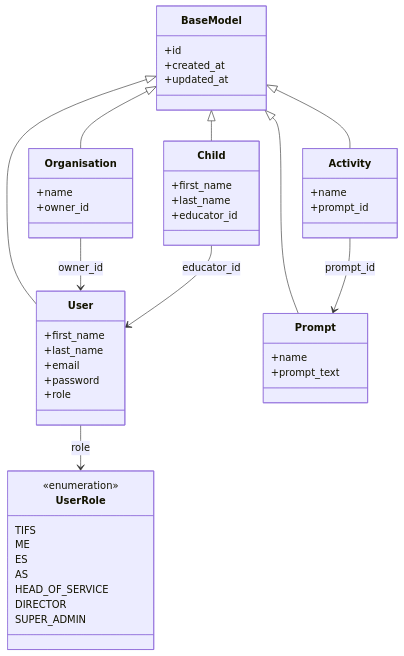
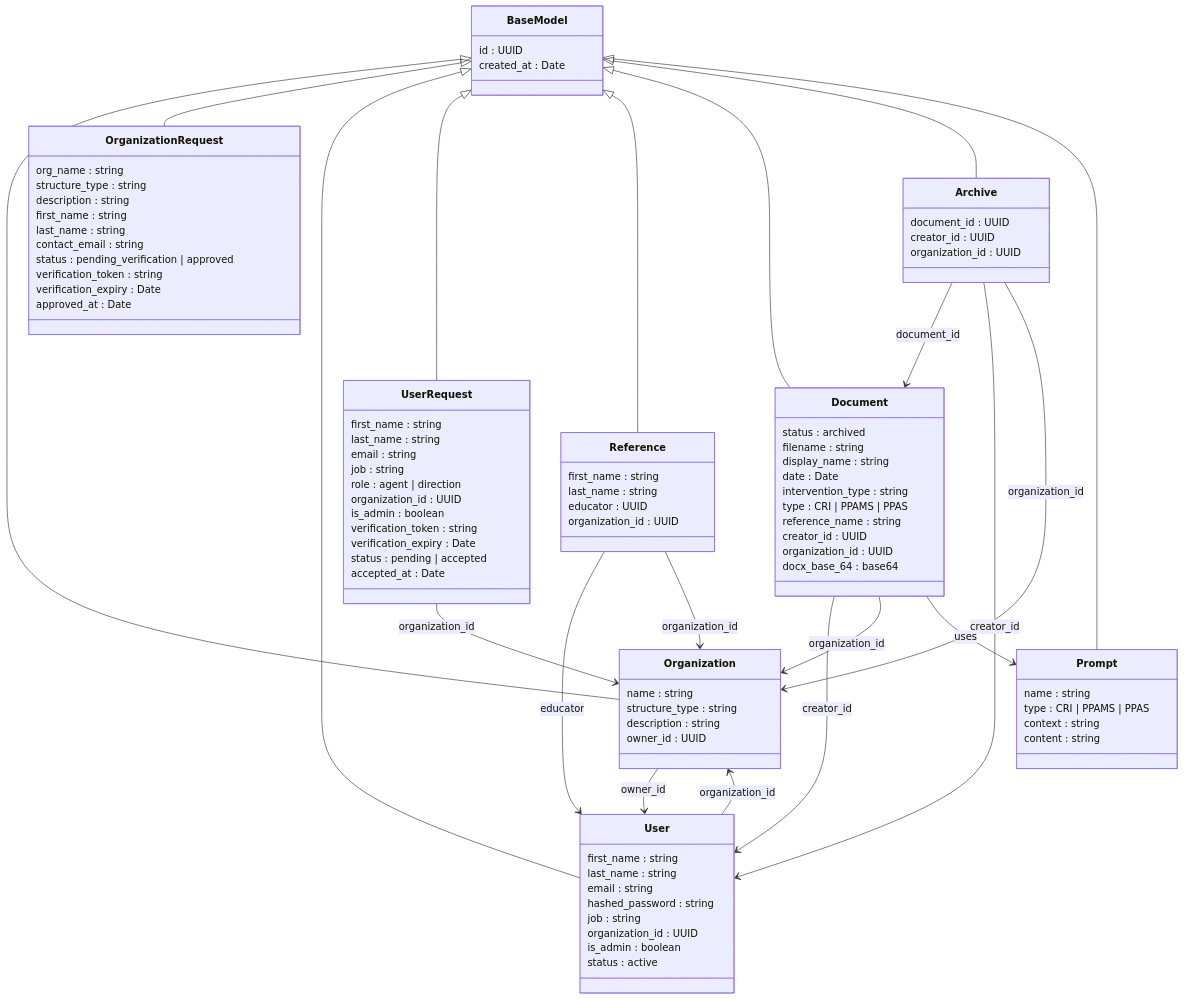
Before and after one commit to vlldnt/Synapses_ESMS: the first of 5 diagrams in README.md, drawn with Mermaid. The commit also changed other lines of this file, not shown here.

Commit message:
fix: correct spelling in README and enhance class diagram details

````diff
--- a/README.md
+++ b/README.md
@@ -20,59 +25,106 @@
 classDiagram
 
 class BaseModel {
-  +id
-  +created_at
-  +updated_at
+    id : UUID
+    created_at : Date
+}
+
+class Organization {
+    name : string
+    structure_type : string
+    description : string
+    owner_id : UUID
+}
+
+class OrganizationRequest {
+    org_name : string
+    structure_type : string
+    description : string
+    first_name : string
+    last_name : string
+    contact_email : string
+    status : pending_verification | approved
+    verification_token : string
+    verification_expiry : Date
+    approved_at : Date
 }
 
 class User {
-  +first_name
-  +last_name
-  +email
-  +password
-  +role
+    first_name : string
+    last_name : string
+    email : string
+    hashed_password : string
+    job : string
+    organization_id : UUID
+    is_admin : boolean
+    status : active
 }
 
-class Child {
-  +first_name
-  +last_name
-  +educator_id
+class UserRequest {
+    first_name : string
+    last_name : string
+    email : string
+    job : string
+    role : agent | direction
+    organization_id : UUID
+    is_admin : boolean
+    verification_token : string
+    verification_expiry : Date
+    status : pending | accepted
+    accepted_at : Date
+}
+
+class Reference {
+    first_name : string
+    last_name : string
+    educator : UUID
+    organization_id : UUID
+}
+
+class Document {
+    status : archived
+    filename : string
+    display_name : string
+    date : Date
+    intervention_type : string
+    type : CRI | PPAMS | PPAS
+    reference_name : string
+    creator_id : UUID
+    organization_id : UUID
+    docx_base_64 : base64
+}
+
+class Archive {
+    document_id : UUID
+    creator_id : UUID
+    organization_id : UUID
 }
 
 class Prompt {
-  +name
-  +prompt_text
+    name : string
+    type : CRI | PPAMS | PPAS
+    context : string
+    content : string
 }
 
-class Organisation {
-  +name
-  +owner_id
-}
+BaseModel <|-- Organization
+BaseModel <|-- OrganizationRequest
+BaseModel <|-- User
+BaseModel <|-- UserRequest
+BaseModel <|-- Reference
+BaseModel <|-- Document
+BaseModel <|-- Archive
+BaseModel <|-- Prompt
 
-class Activity {
-  +name
-  +prompt_id
-}
-
-class UserRole {
-  <<enumeration>>
-  TIFS
-  ME
-  ES
-  AS
-  HEAD_OF_SERVICE
-  DIRECTOR
-  SUPER_ADMIN
-}
-
-BaseModel <|-- User
-BaseModel <|-- Child
-BaseModel <|-- Prompt
-BaseModel <|-- Organisation
-BaseModel <|-- Activity
-
-User --> UserRole : role
-Organisation --> User : owner_id
-Child --> User : educator_id
-Activity --> Prompt : prompt_id
+Organization --> User : owner_id
+User --> Organization : organization_id
+UserRequest --> Organization : organization_id
+Reference --> User : educator
+Reference --> Organization : organization_id
+Document --> User : creator_id
+Document --> Organization : organization_id
+Document --> Prompt : uses
+Archive --> Document : document_id
+Archive --> User : creator_id
+Archive --> Organization : organization_id
 ```
````
